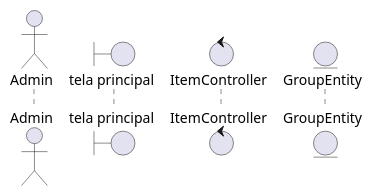
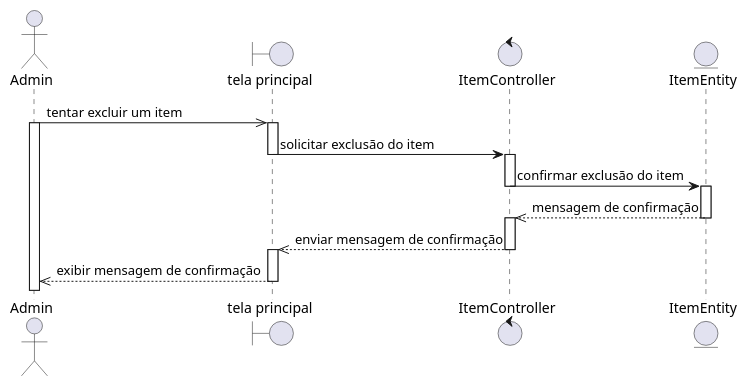
Before and after one commit to rodrigoRolim/CAdiagrams: the diagram in sequence/admin/item.delete.seq.wsd, drawn with PlantUML. The commit also changed 37 other files, not shown here.

```diff
--- a/sequence/admin/item.delete.seq.wsd
+++ b/sequence/admin/item.delete.seq.wsd
@@ -1,7 +1,24 @@
 @startuml
 actor Admin
 boundary "tela principal" as grupo
 control ItemController
-entity GroupEntity
+entity ItemEntity
 
+Admin ->> grupo: tentar excluir um item
+activate Admin
+activate grupo
+grupo -> ItemController: solicitar exclusão do item
+deactivate grupo
+activate ItemController
+ItemController -> ItemEntity: confirmar exclusão do item
+deactivate ItemController
+activate ItemEntity
+ItemEntity -->> ItemController: mensagem de confirmação
+deactivate ItemEntity
+activate ItemController
+ItemController -->> grupo: enviar mensagem de confirmação
+deactivate ItemController
+activate grupo
+grupo -->> Admin: exibir mensagem de confirmação
+deactivate grupo
 @enduml
```
